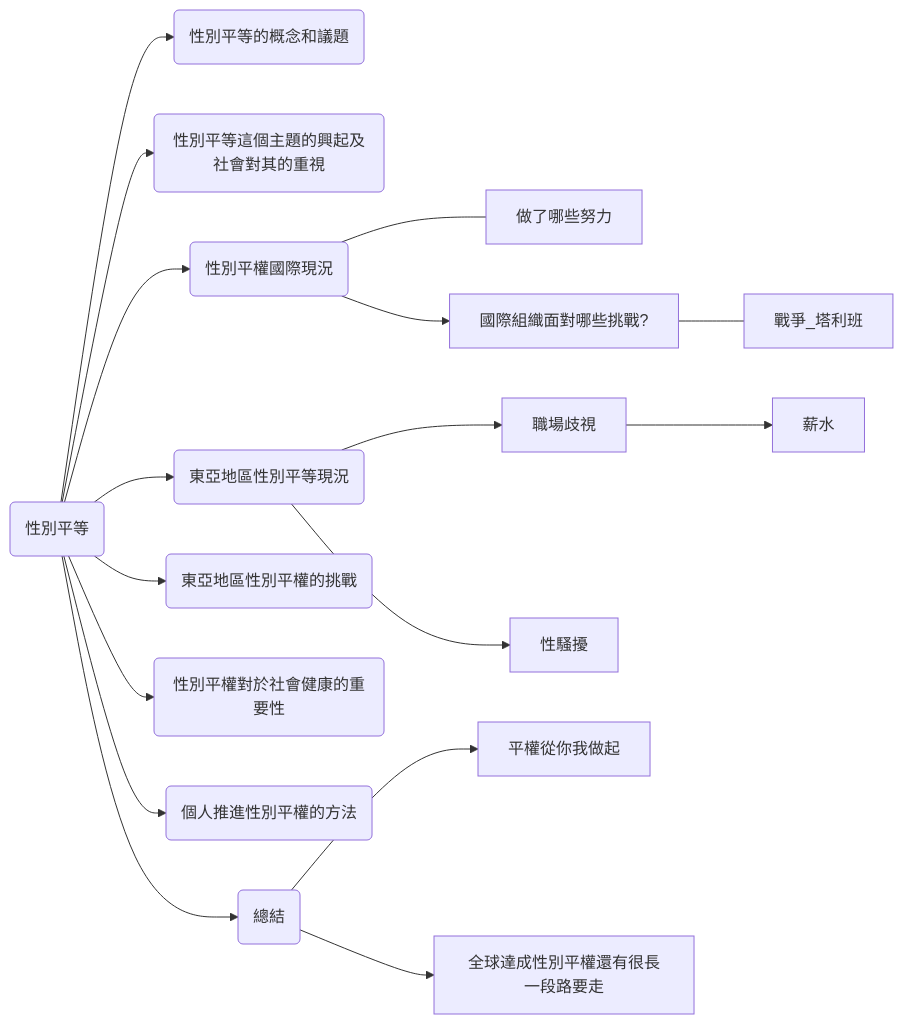
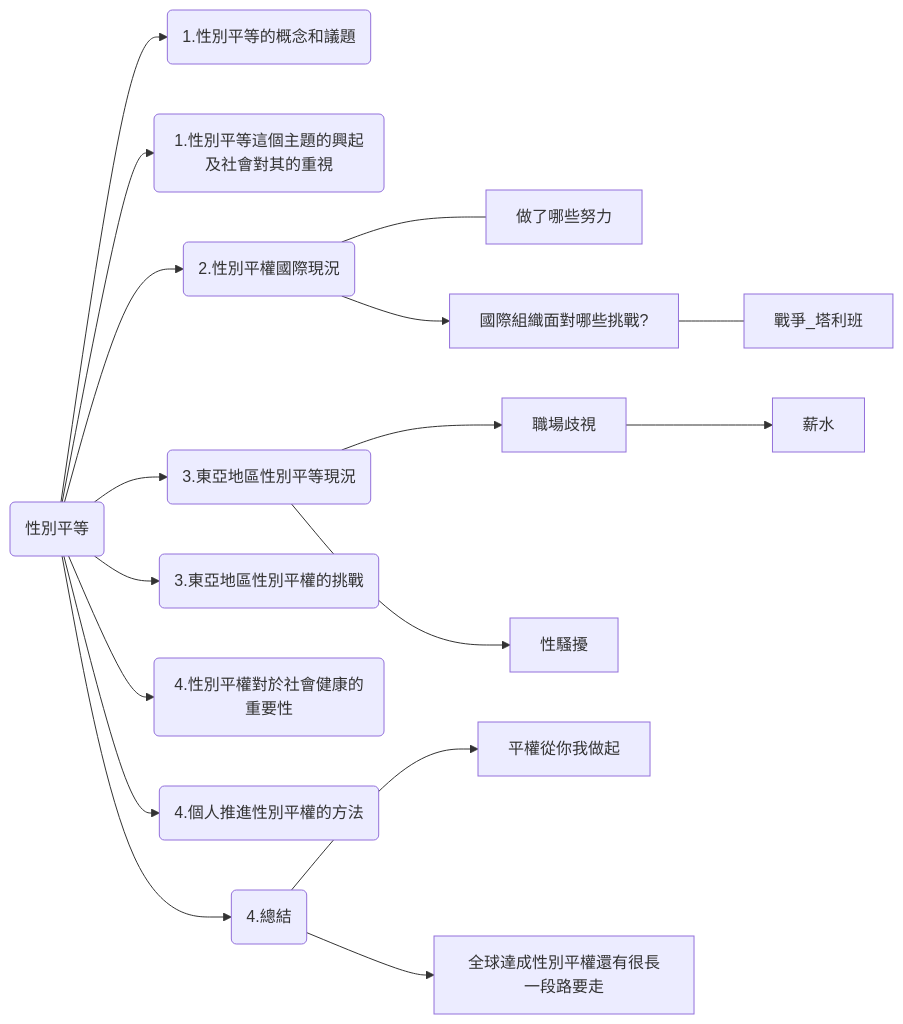
One commit to bridgerhung/wiki_NYUST changed the diagram in docs/class/en/2. Gender equlity.md. Above: the diagram before and after it, drawn with Mermaid.

Commit message:
Update 2. Gender equlity.md

````diff
--- a/docs/class/en/2. Gender equlity.md
+++ b/docs/class/en/2. Gender equlity.md
@@ -13,14 +13,14 @@
 ```mermaid
 graph LR
-  id0(性別平等)--> id1("性別平等的概念和議題")
-	id0 --> id2(性別平等這個主題的興起及社會對其的重視)
-	id0 --> id3(性別平權國際現況) --- 做了哪些努力
+  id0(性別平等)--> id1("1.性別平等的概念和議題")
+	id0 --> id2(1.性別平等這個主題的興起及社會對其的重視)
+	id0 --> id3(2.性別平權國際現況) --- 做了哪些努力
 	id3 --> 國際組織面對哪些挑戰? --- 戰爭_塔利班
-	id0 --> id4("東亞地區性別平等現況") --> 職場歧視 --> 薪水
+	id0 --> id4("3.東亞地區性別平等現況") --> 職場歧視 --> 薪水
 	id4 --> 性騷擾
-	id0 --> id5("東亞地區性別平權的挑戰")
-	id0 --> id6("性別平權對於社會健康的重要性")
-	id0 --> id7("個人推進性別平權的方法")
-	id0 --> id8("總結") --> 平權從你我做起
+	id0 --> id5("3.東亞地區性別平權的挑戰")
+	id0 --> id6("4.性別平權對於社會健康的重要性")
+	id0 --> id7("4.個人推進性別平權的方法")
+	id0 --> id8("4.總結") --> 平權從你我做起
 	id8 --> 全球達成性別平權還有很長一段路要走
 ```
````
